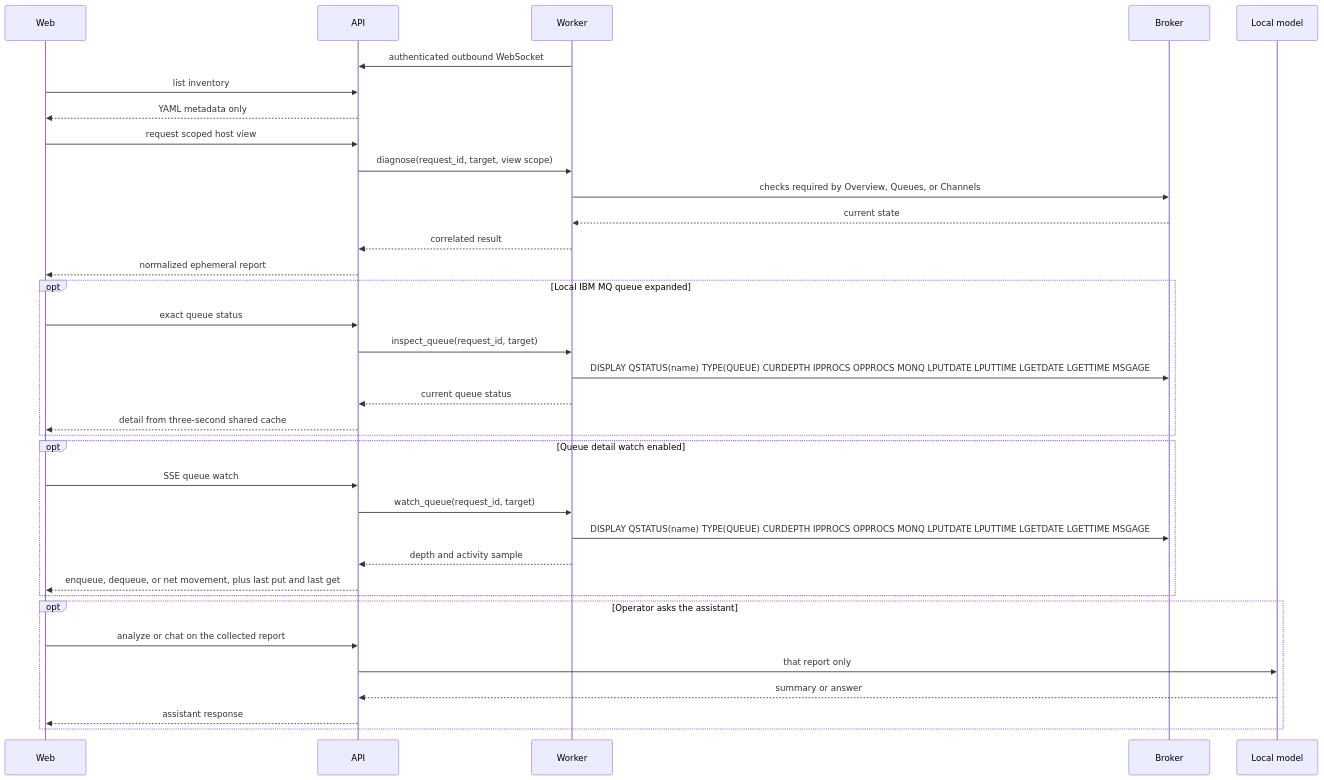
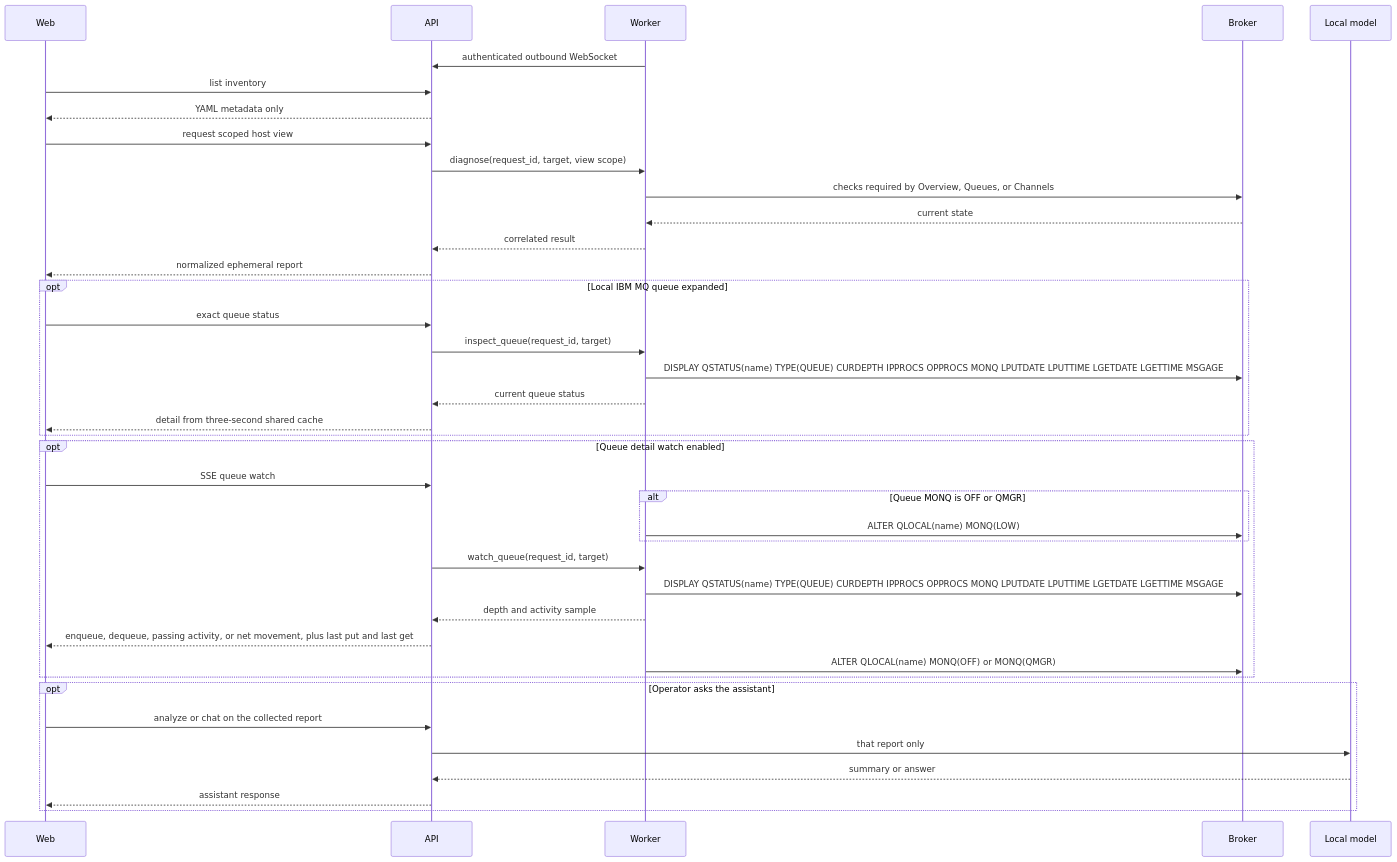
One commit to mqdeck/mqdeck changed the diagram in docs/architecture.md. Above: the diagram before and after it, drawn with Mermaid. The commit also changed other lines of this file and 7 other files, not shown here.

````diff
--- a/docs/architecture.md
+++ b/docs/architecture.md
@@ -5,37 +5,41 @@
 ```mermaid
 sequenceDiagram
     participant Web
     participant API
     participant Worker
     participant Broker
     participant Model as Local model
     Worker->>API: authenticated outbound WebSocket
     Web->>API: list inventory
     API-->>Web: YAML metadata only
     Web->>API: request scoped host view
     API->>Worker: diagnose(request_id, target, view scope)
     Worker->>Broker: checks required by Overview, Queues, or Channels
     Broker-->>Worker: current state
     Worker-->>API: correlated result
     API-->>Web: normalized ephemeral report
     opt Local IBM MQ queue expanded
       Web->>API: exact queue status
       API->>Worker: inspect_queue(request_id, target)
       Worker->>Broker: DISPLAY QSTATUS(name) TYPE(QUEUE) CURDEPTH IPPROCS OPPROCS MONQ LPUTDATE LPUTTIME LGETDATE LGETTIME MSGAGE
       Worker-->>API: current queue status
       API-->>Web: detail from three-second shared cache
     end
     opt Queue detail watch enabled
       Web->>API: SSE queue watch
+      alt Queue MONQ is OFF or QMGR
+        Worker->>Broker: ALTER QLOCAL(name) MONQ(LOW)
+      end
       API->>Worker: watch_queue(request_id, target)
       Worker->>Broker: DISPLAY QSTATUS(name) TYPE(QUEUE) CURDEPTH IPPROCS OPPROCS MONQ LPUTDATE LPUTTIME LGETDATE LGETTIME MSGAGE
       Worker-->>API: depth and activity sample
-      API-->>Web: enqueue, dequeue, or net movement, plus last put and last get
+      API-->>Web: enqueue, dequeue, passing activity, or net movement, plus last put and last get
+      Worker->>Broker: ALTER QLOCAL(name) MONQ(OFF) or MONQ(QMGR)
     end
     opt Operator asks the assistant
       Web->>API: analyze or chat on the collected report
       API->>Model: that report only
       Model-->>API: summary or answer
       API-->>Web: assistant response
     end
 ```
````
